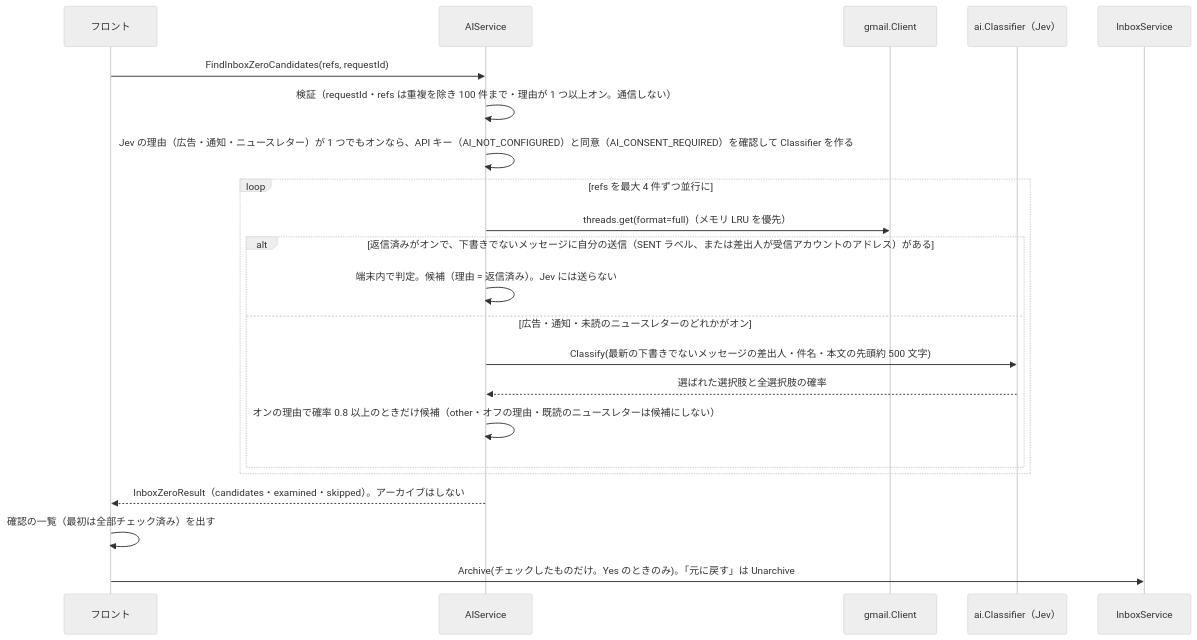
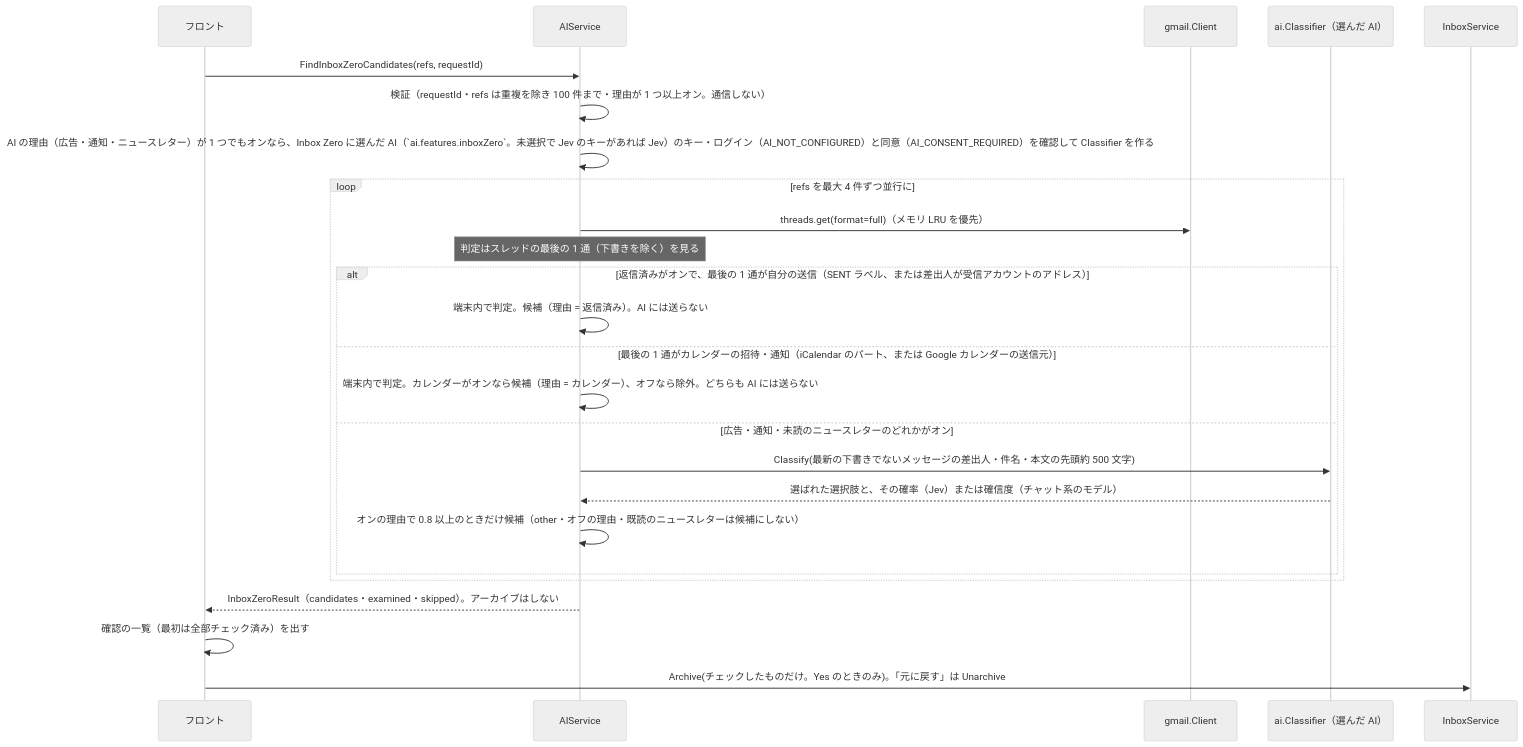
Before and after one commit to ousiassllc/hitomado: the tenth of 10 diagrams in docs/architecture/overview.md, drawn with Mermaid (neutral theme). The commit also changed other lines of this file and 11 other files, not shown here.

First line of the commit message:
docs: Inbox Zero の返信済み判定・カレンダー・使う AI の選択に合わせて仕様書を更新する

````diff
--- a/docs/architecture/overview.md
+++ b/docs/architecture/overview.md
@@ -387,24 +387,27 @@
 ```mermaid
 sequenceDiagram
   participant FE as フロント
   participant AI as AIService
   participant GM as gmail.Client
-  participant CL as ai.Classifier（Jev）
+  participant CL as ai.Classifier（選んだ AI）
   participant IS as InboxService
   FE->>AI: FindInboxZeroCandidates(refs, requestId)
   AI->>AI: 検証（requestId・refs は重複を除き 100 件まで・理由が 1 つ以上オン。通信しない）
-  AI->>AI: Jev の理由（広告・通知・ニュースレター）が 1 つでもオンなら、API キー（AI_NOT_CONFIGURED）と同意（AI_CONSENT_REQUIRED）を確認して Classifier を作る
+  AI->>AI: AI の理由（広告・通知・ニュースレター）が 1 つでもオンなら、Inbox Zero に選んだ AI（`ai.features.inboxZero`。未選択で Jev のキーがあれば Jev）のキー・ログイン（AI_NOT_CONFIGURED）と同意（AI_CONSENT_REQUIRED）を確認して Classifier を作る
   loop refs を最大 4 件ずつ並行に
     AI->>GM: threads.get(format=full)（メモリ LRU を優先）
-    alt 返信済みがオンで、下書きでないメッセージに自分の送信（SENT ラベル、または差出人が受信アカウントのアドレス）がある
-      AI->>AI: 端末内で判定。候補（理由 = 返信済み）。Jev には送らない
+    Note over AI: 判定はスレッドの最後の 1 通（下書きを除く）を見る
+    alt 返信済みがオンで、最後の 1 通が自分の送信（SENT ラベル、または差出人が受信アカウントのアドレス）
+      AI->>AI: 端末内で判定。候補（理由 = 返信済み）。AI には送らない
+    else 最後の 1 通がカレンダーの招待・通知（iCalendar のパート、または Google カレンダーの送信元）
+      AI->>AI: 端末内で判定。カレンダーがオンなら候補（理由 = カレンダー）、オフなら除外。どちらも AI には送らない
     else 広告・通知・未読のニュースレターのどれかがオン
       AI->>CL: Classify(最新の下書きでないメッセージの差出人・件名・本文の先頭約 500 文字)
-      CL-->>AI: 選ばれた選択肢と全選択肢の確率
-      AI->>AI: オンの理由で確率 0.8 以上のときだけ候補（other・オフの理由・既読のニュースレターは候補にしない）
+      CL-->>AI: 選ばれた選択肢と、その確率（Jev）または確信度（チャット系のモデル）
+      AI->>AI: オンの理由で 0.8 以上のときだけ候補（other・オフの理由・既読のニュースレターは候補にしない）
     end
   end
   AI-->>FE: InboxZeroResult（candidates・examined・skipped）。アーカイブはしない
   FE->>FE: 確認の一覧（最初は全部チェック済み）を出す
   FE->>IS: Archive(チェックしたものだけ。Yes のときのみ)。「元に戻す」は Unarchive
 ```
````
